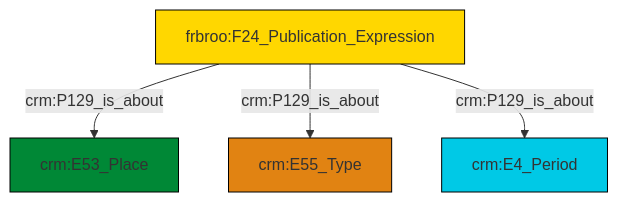
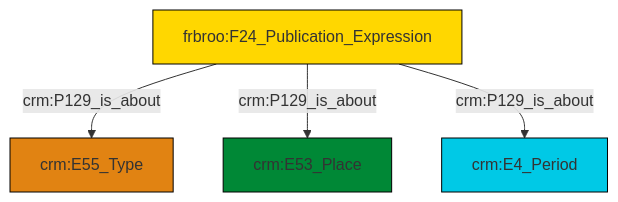
Before and after one commit to swiss-art-research-net/docs.swissartresearch: the diagram in et/biblioCSV/ttl/mmd/biblio_aboutness.ttl.mmd, drawn with Mermaid. The commit also changed 176 other files, not shown here.

```diff
--- a/et/biblioCSV/ttl/mmd/biblio_aboutness.ttl.mmd
+++ b/et/biblioCSV/ttl/mmd/biblio_aboutness.ttl.mmd
@@ -1,18 +1,18 @@
 graph TD
 classDef Literal fill:#f2f2f2,stroke:#000000;
 classDef CRM_Entity fill:#FFFFFF,stroke:#000000;
 classDef Temporal_Entity fill:#00C9E6, stroke:#000000;
 classDef Type fill:#E18312, stroke:#000000;
 classDef Time-Span fill:#2C9C91, stroke:#000000;
 classDef Appellation fill:#FFEB7F, stroke:#000000;
 classDef Place fill:#008836, stroke:#000000;
 classDef Persistent_Item fill:#B266B2, stroke:#000000;
 classDef Conceptual_Object fill:#FFD700, stroke:#000000;
 classDef Physical_Thing fill:#D2B48C, stroke:#000000;
 classDef Actor fill:#f58aad, stroke:#000000;
 classDef PC_Classes fill:#4ce600, stroke:#000000;
 classDef Multi fill:#cccccc,stroke:#000000;
 
-0["frbroo:F24_Publication_Expression"]:::Conceptual_Object -->|crm:P129_is_about| 4["crm:E53_Place"]:::Place
-0["frbroo:F24_Publication_Expression"]:::Conceptual_Object -->|crm:P129_is_about| 2["crm:E55_Type"]:::Type
-0["frbroo:F24_Publication_Expression"]:::Conceptual_Object -->|crm:P129_is_about| 5["crm:E4_Period"]:::Temporal_Entity
+2["frbroo:F24_Publication_Expression"]:::Conceptual_Object -->|crm:P129_is_about| 3["crm:E55_Type"]:::Type
+2["frbroo:F24_Publication_Expression"]:::Conceptual_Object -->|crm:P129_is_about| 0["crm:E53_Place"]:::Place
+2["frbroo:F24_Publication_Expression"]:::Conceptual_Object -->|crm:P129_is_about| 5["crm:E4_Period"]:::Temporal_Entity
```
